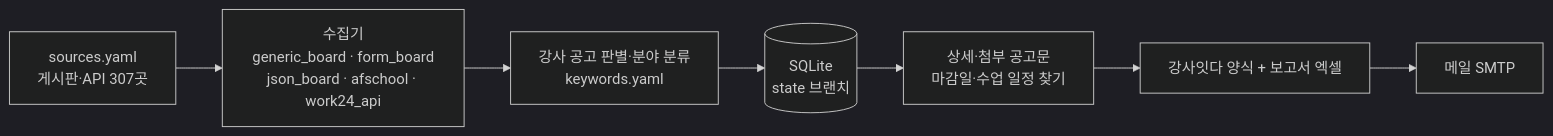
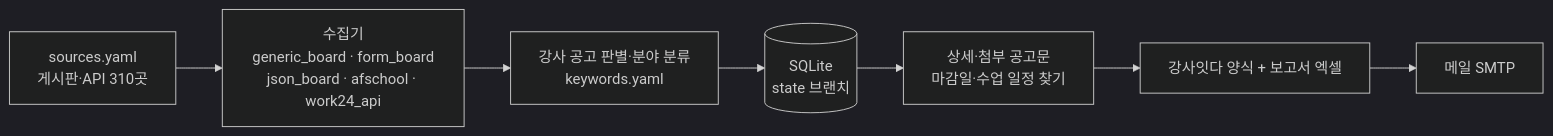
One commit to thskal17-sudo/busan-school-company changed the diagram in docs/DESIGN.md. Above: the diagram before and after it, drawn with Mermaid (dark theme). The commit also changed other lines of this file and 6 other files, not shown here.

````diff
--- a/docs/DESIGN.md
+++ b/docs/DESIGN.md
@@ -29,9 +29,9 @@
 ```mermaid
 flowchart LR
-    S[sources.yaml<br/>게시판·API 307곳] --> C[수집기<br/>generic_board · form_board<br/>json_board · afschool · work24_api]
+    S[sources.yaml<br/>게시판·API 310곳] --> C[수집기<br/>generic_board · form_board<br/>json_board · afschool · work24_api]
     C --> F[강사 공고 판별·분야 분류<br/>keywords.yaml]
     F --> D[(SQLite<br/>state 브랜치)]
     D --> I[상세·첨부 공고문<br/>마감일·수업 일정 찾기]
     I --> X[강사잇다 양식 + 보고서 엑셀]
     X --> M[메일 SMTP]
 ```
````
